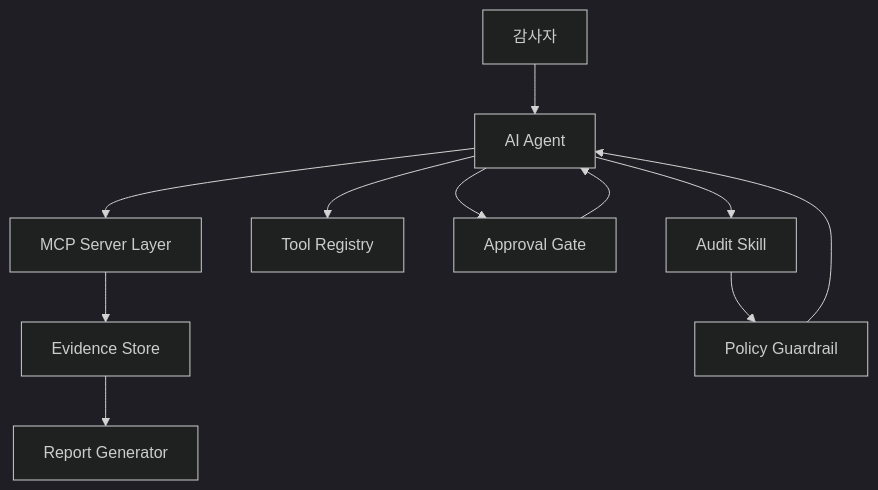
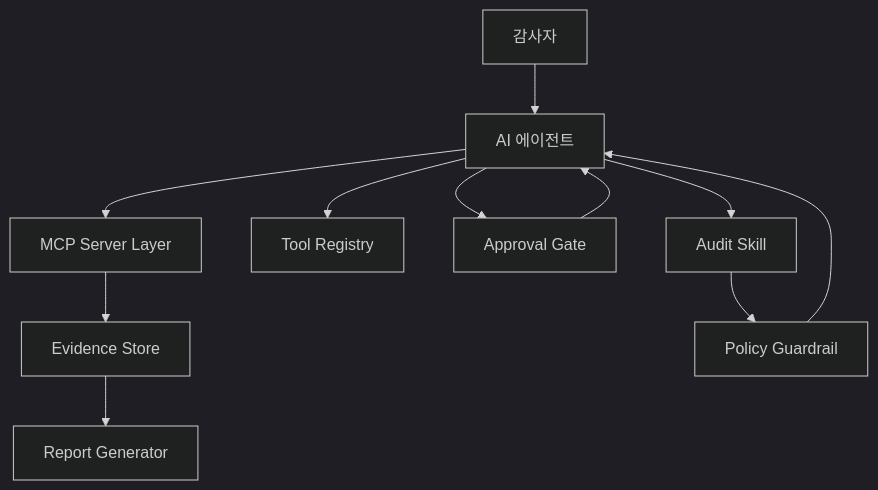
Before and after one commit to koalav/present-anyything: the sixth of 9 diagrams in docs/mobile-audit-mcp-origin/source.md, drawn with Mermaid (dark theme). The commit also changed other lines of this file and 26 other files, not shown here.

````diff
--- a/docs/mobile-audit-mcp-origin/source.md
+++ b/docs/mobile-audit-mcp-origin/source.md
@@ -287,13 +287,13 @@
 ```mermaid
 flowchart TB
-    U[감사자] --> A[AI Agent]
+    U[감사자] --> A[AI 에이전트]
     A --> S[Audit Skill]
     A --> T[Tool Registry]
     A --> G[Approval Gate]
     A --> M[MCP Server Layer]
     M --> E[Evidence Store]
     E --> R[Report Generator]
     S --> P[Policy Guardrail]
     P --> A
     G --> A
 ```
````
